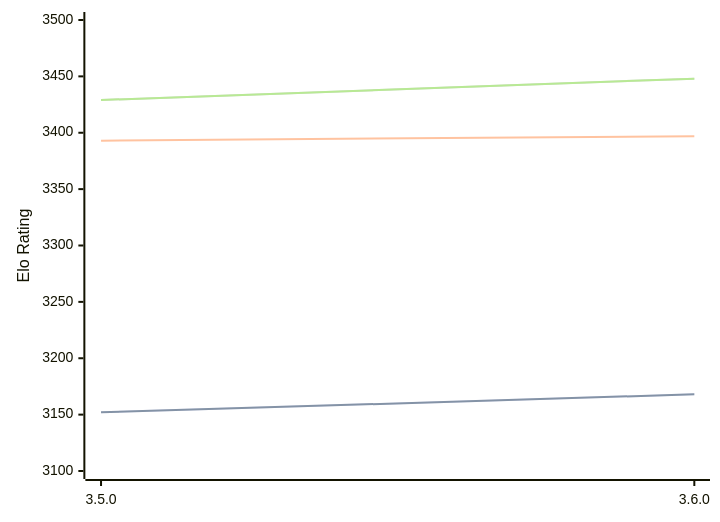
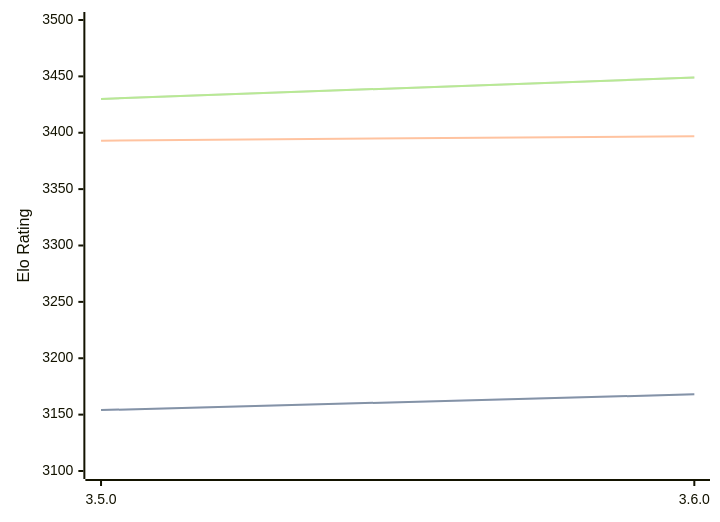
Before and after one commit to computer-chess-index/cci: the diagram in engines/Igel.md, drawn with Mermaid. The commit also changed other lines of this file, not shown here.

Commit message:
Update CCI Ratings (ELO VLTC) - 2026-08-17

````diff
--- a/engines/Igel.md
+++ b/engines/Igel.md
@@ -32,11 +32,11 @@
 ```mermaid
 %%{init: {"theme":"base","themeVariables":{"seriesColors:['#a3a3a3','#222221','#faa371']}}}%%
 xychart-beta
   x-axis ["3.5.0", "3.6.0"]
   y-axis "Elo Rating" 3100 --> 3500
-  line "STC (8.0+0.08s)" [3152, 3168]
-  line "STC (8.0+0.08s)" [3152, 3168]
+  line "STC (8.0+0.08s)" [3154, 3168]
+  line "STC (8.0+0.08s)" [3154, 3168]
   line "LTC (60.0+0.60s)" [3393, 3397]
-  line "VLTC (2m24s+1.12s)" [3429, 3448]
-  line "VLTC (2m24s+1.12s)" [3429, 3448]
+  line "VLTC (2m24s+1.12s)" [3430, 3449]
+  line "VLTC (2m24s+1.12s)" [3430, 3449]
 ```
````
